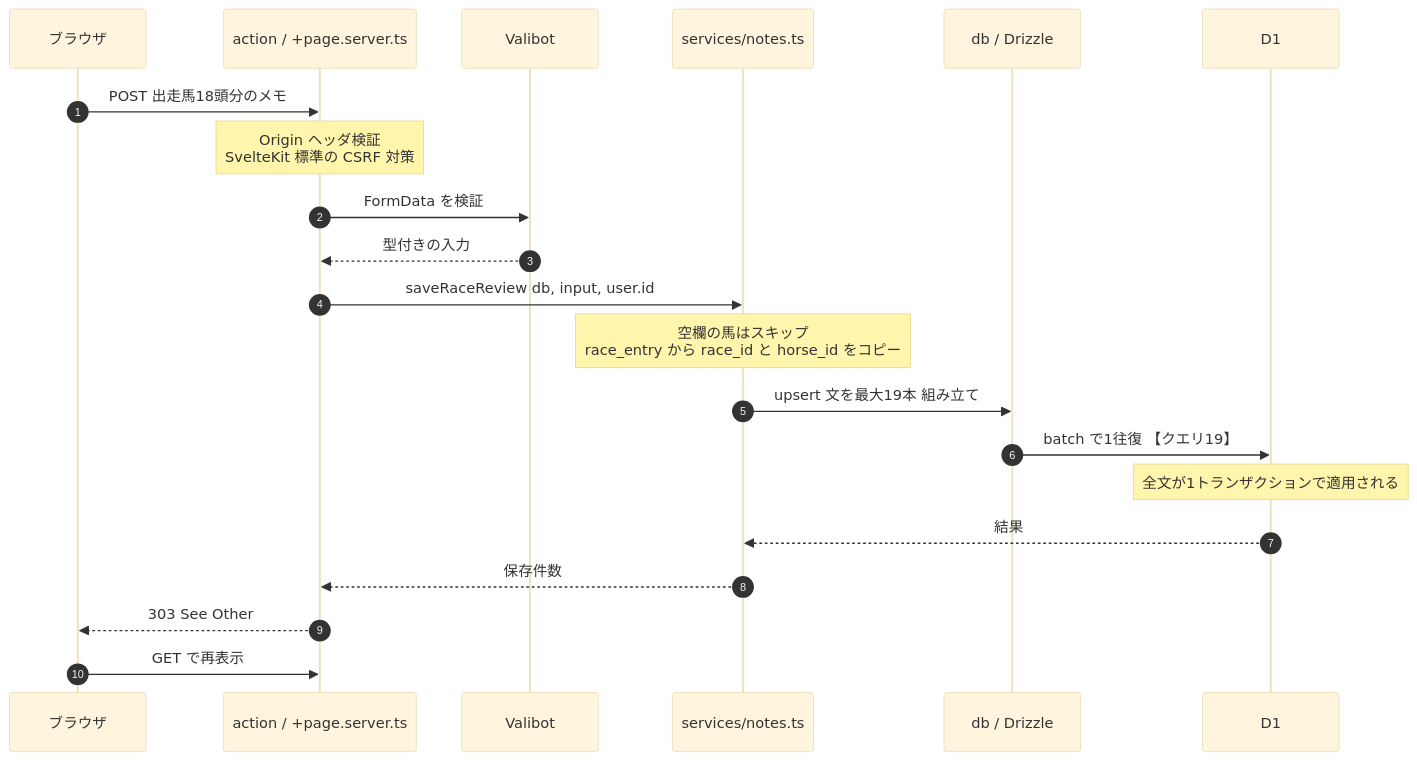
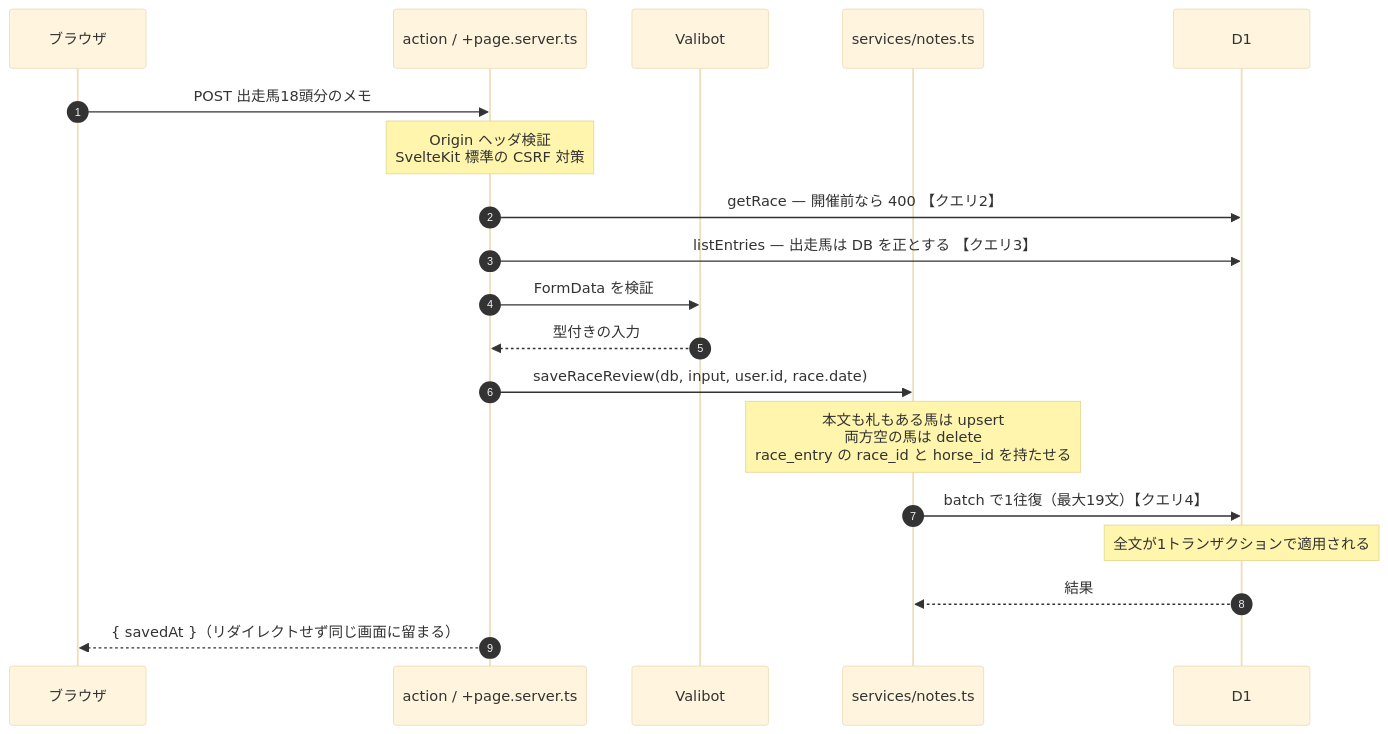
One commit to Atoyr/keiba-note changed the fourth of 11 diagrams in docs/architecture.md. Above: the diagram before and after it, drawn with Mermaid (base theme). The commit also changed other lines of this file and 56 other files, not shown here.

````diff
--- a/docs/architecture.md
+++ b/docs/architecture.md
@@ -383,24 +363,22 @@
 ```mermaid
 sequenceDiagram
     autonumber
     participant B as ブラウザ
     participant A as action / +page.server.ts
     participant V as Valibot
     participant S as services/notes.ts
-    participant Q as db / Drizzle
     participant D as D1
 
     B->>A: POST 出走馬18頭分のメモ
     Note over A: Origin ヘッダ検証<br/>SvelteKit 標準の CSRF 対策
+    A->>D: getRace — 開催前なら 400 【クエリ2】
+    A->>D: listEntries — 出走馬は DB を正とする 【クエリ3】
     A->>V: FormData を検証
     V-->>A: 型付きの入力
-    A->>S: saveRaceReview db, input, user.id
-    Note over S: 空欄の馬はスキップ<br/>race_entry から race_id と horse_id をコピー
-    S->>Q: upsert 文を最大19本 組み立て
-    Q->>D: batch で1往復 【クエリ19】
+    A->>S: saveRaceReview(db, input, user.id, race.date)
+    Note over S: 本文も札もある馬は upsert<br/>両方空の馬は delete<br/>race_entry の race_id と horse_id を持たせる
+    S->>D: batch で1往復（最大19文）【クエリ4】
     Note over D: 全文が1トランザクションで適用される
     D-->>S: 結果
-    S-->>A: 保存件数
-    A-->>B: 303 See Other
-    B->>A: GET で再表示
+    A-->>B: { savedAt }（リダイレクトせず同じ画面に留まる）
 ```
````
